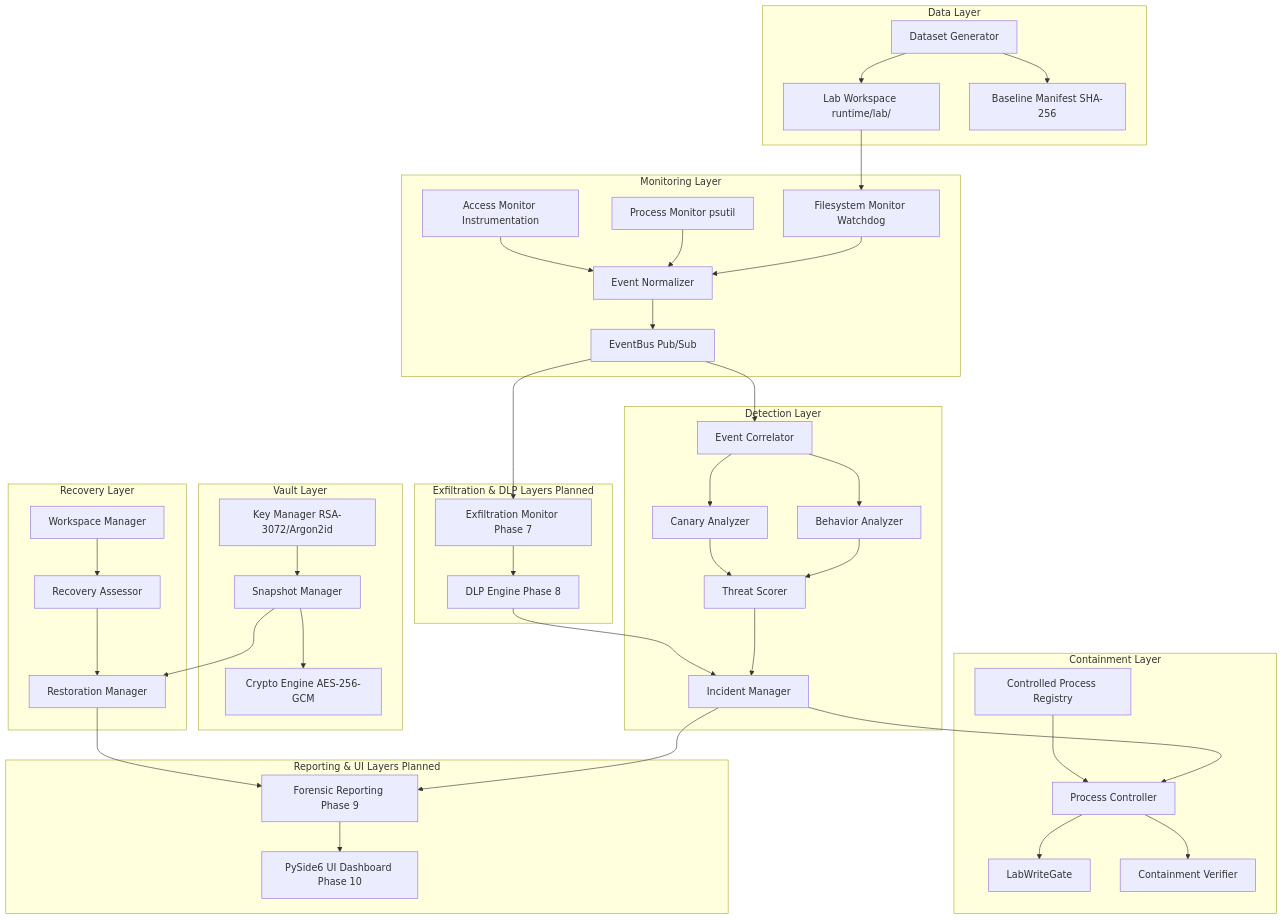
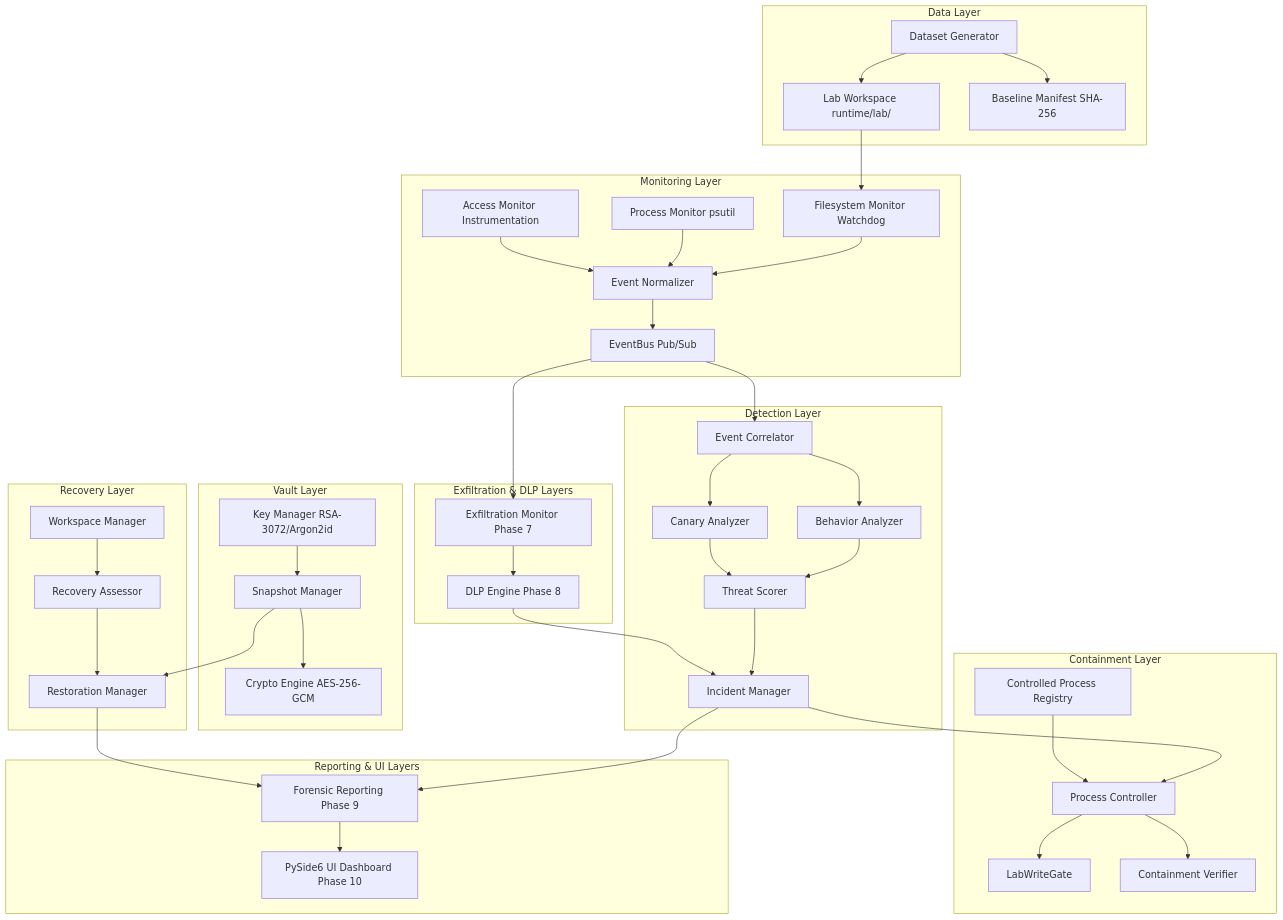
Before and after one commit to maitanishqhoon/CryptoShield: the diagram in docs/ARCHITECTURE.md, drawn with Mermaid. The commit also changed other lines of this file and 31 other files, not shown here.

````diff
--- a/docs/ARCHITECTURE.md
+++ b/docs/ARCHITECTURE.md
@@ -5,81 +5,81 @@
 ```mermaid
 flowchart TD
     subgraph Data Layer
         Lab[Lab Workspace runtime/lab/]
         DatasetGen[Dataset Generator]
         Manifest[Baseline Manifest SHA-256]
         DatasetGen --> Lab
         DatasetGen --> Manifest
     end
 
     subgraph Monitoring Layer
         FSMon[Filesystem Monitor Watchdog]
         ProcMon[Process Monitor psutil]
         AccessMon[Access Monitor Instrumentation]
         Normalizer[Event Normalizer]
         Bus[EventBus Pub/Sub]
         Lab --> FSMon
         FSMon --> Normalizer
         ProcMon --> Normalizer
         AccessMon --> Normalizer
         Normalizer --> Bus
     end
 
     subgraph Detection Layer
         Correlator[Event Correlator]
         Behavior[Behavior Analyzer]
         Canary[Canary Analyzer]
         Scorer[Threat Scorer]
         Incidents[Incident Manager]
         Bus --> Correlator
         Correlator --> Behavior
         Correlator --> Canary
         Behavior --> Scorer
         Canary --> Scorer
         Scorer --> Incidents
     end
 
     subgraph Containment Layer
         Gate[LabWriteGate]
         Reg[Controlled Process Registry]
         Controller[Process Controller]
         Verifier[Containment Verifier]
         Incidents --> Controller
         Reg --> Controller
         Controller --> Gate
         Controller --> Verifier
     end
 
     subgraph Vault Layer
         KeyMgr[Key Manager RSA-3072/Argon2id]
         CryptoEng[Crypto Engine AES-256-GCM]
         SnapMgr[Snapshot Manager]
         SnapMgr --> CryptoEng
         KeyMgr --> SnapMgr
     end
 
     subgraph Recovery Layer
         WorkMgr[Workspace Manager]
         Assessor[Recovery Assessor]
         Restorer[Restoration Manager]
         WorkMgr --> Assessor
         SnapMgr --> Restorer
         Assessor --> Restorer
     end
 
-    subgraph Exfiltration & DLP Layers Planned
+    subgraph Exfiltration & DLP Layers
         ExfilMon[Exfiltration Monitor Phase 7]
         DLPEng[DLP Engine Phase 8]
         Bus --> ExfilMon
         ExfilMon --> DLPEng
         DLPEng --> Incidents
     end
 
-    subgraph Reporting & UI Layers Planned
+    subgraph Reporting & UI Layers
         ReportEng[Forensic Reporting Phase 9]
         GUI[PySide6 UI Dashboard Phase 10]
         Incidents --> ReportEng
         Restorer --> ReportEng
         ReportEng --> GUI
     end
 ```
````
